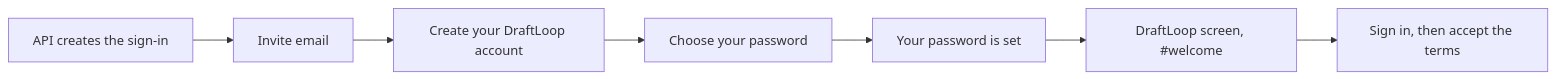
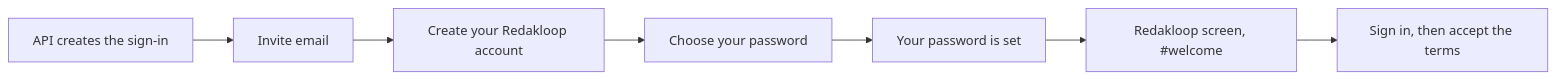
One commit to akoita/draft-loop changed the diagram in deploy/keycloak/README.md. Above: the diagram before and after it, drawn with Mermaid. The commit also changed other lines of this file and 319 other files, not shown here.

````diff
--- a/deploy/keycloak/README.md
+++ b/deploy/keycloak/README.md
@@ -20,9 +20,9 @@
 ```mermaid
 flowchart LR
   A[API creates the sign-in] --> B[Invite email]
-  B --> C[Create your DraftLoop account]
+  B --> C[Create your Redakloop account]
   C --> D[Choose your password]
   D --> E[Your password is set]
-  E --> F[DraftLoop screen, #welcome]
+  E --> F[Redakloop screen, #welcome]
   F --> G[Sign in, then accept the terms]
 ```
````
